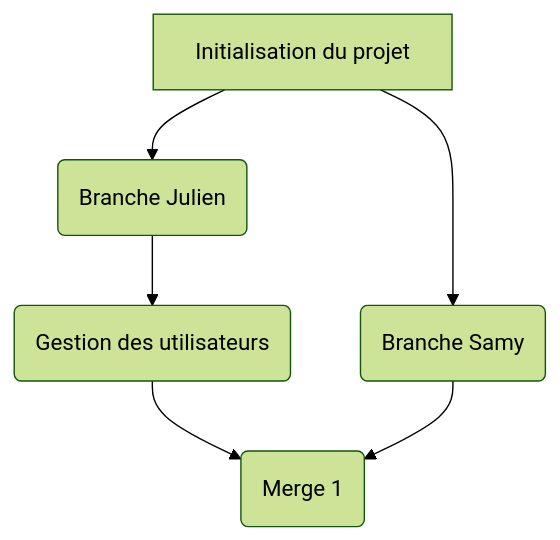
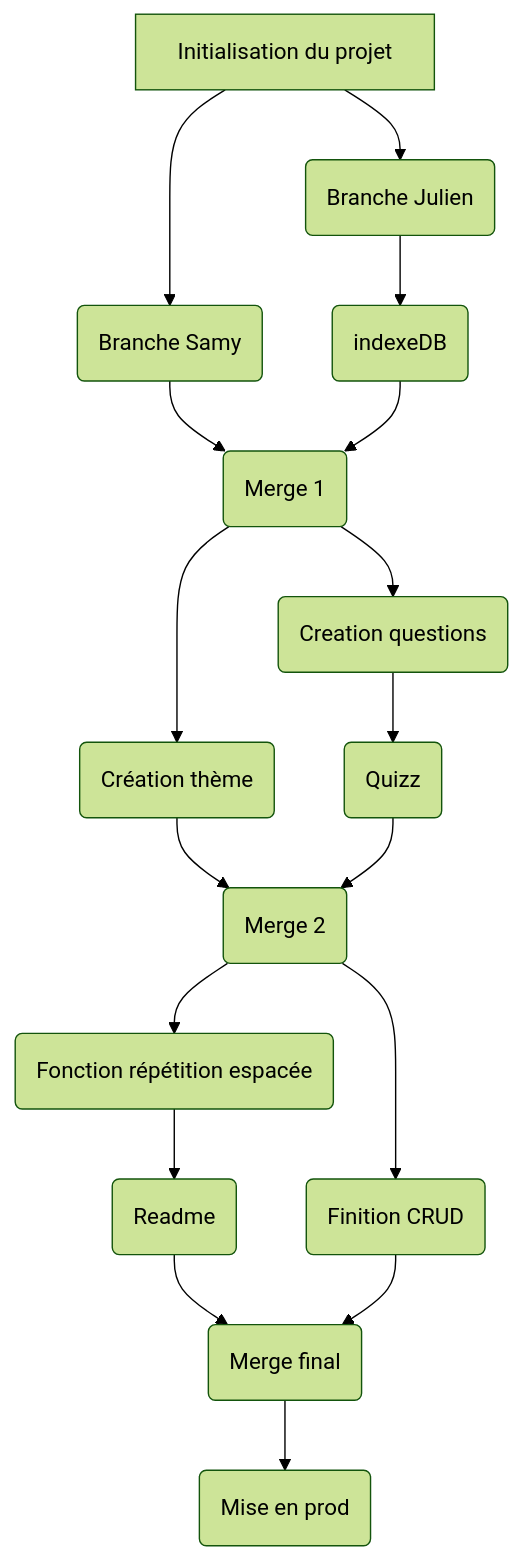
One commit to Julienlpv/MemoryApp changed the diagram in README.md. Above: the diagram before and after it, drawn with Mermaid (forest theme). The commit also changed other lines of this file and 10 other files, not shown here.

Commit message:
Merge final branch samy

````diff
--- a/README.md
+++ b/README.md
@@ -71,8 +84,20 @@
 ```mermaid
 flowchart TD
     A[Initialisation du projet] --> B(Branche Samy)
     A[Initialisation du projet] --> C(Branche Julien)
-    C --> D(Gestion des utilisateurs)
-    D --> E
     B --> E(Merge 1)
+    C --> L(indexeDB)
+    L --> E
+    E --> F(Creation questions)
+    F --> G(Quizz)
+    E --> H(Création thème)
+    H --> I(Merge 2)
+    G --> I
+    I --> J(Finition CRUD)
+    I --> K(Fonction répétition espacée)
+    K --> M(Readme)
+    M --> N(Merge final)
+    J --> N
+    N --> O(Mise en prod)
+
 ```
````
